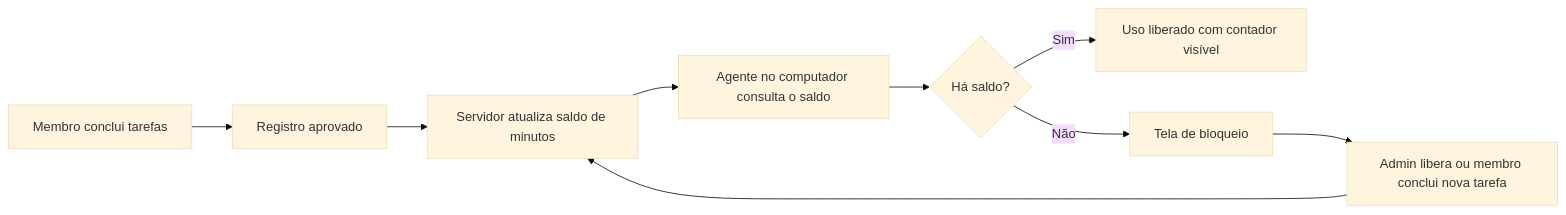
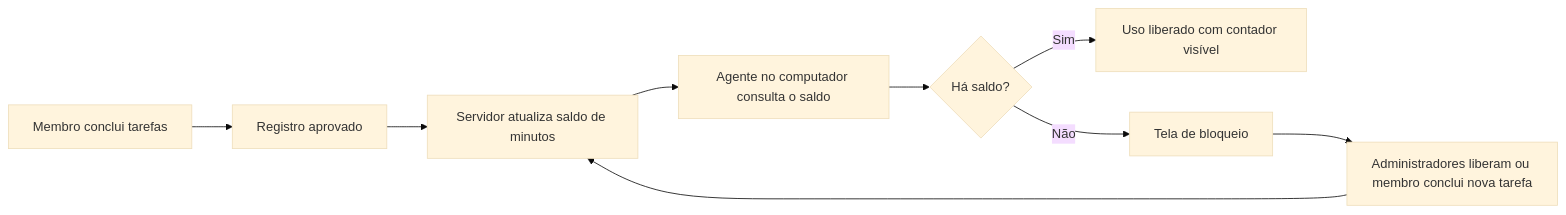
One commit to marcos2872/2026-hackathon-ibm changed the first of 4 diagrams in docs/ideia.md. Above: the diagram before and after it, drawn with Mermaid (base theme). The commit also changed other lines of this file, not shown here.

````diff
--- a/docs/ideia.md
+++ b/docs/ideia.md
@@ -331,11 +347,11 @@
 ```mermaid
 flowchart LR
     A[Membro conclui tarefas] --> B[Registro aprovado]
     B --> C[Servidor atualiza saldo de minutos]
     C --> D[Agente no computador consulta o saldo]
     D --> E{Há saldo?}
     E -- Sim --> F[Uso liberado com contador visível]
     E -- Não --> G[Tela de bloqueio]
-    G --> H[Admin libera ou membro conclui nova tarefa]
+    G --> H[Administradores liberam ou membro conclui nova tarefa]
     H --> C
 ```
````
